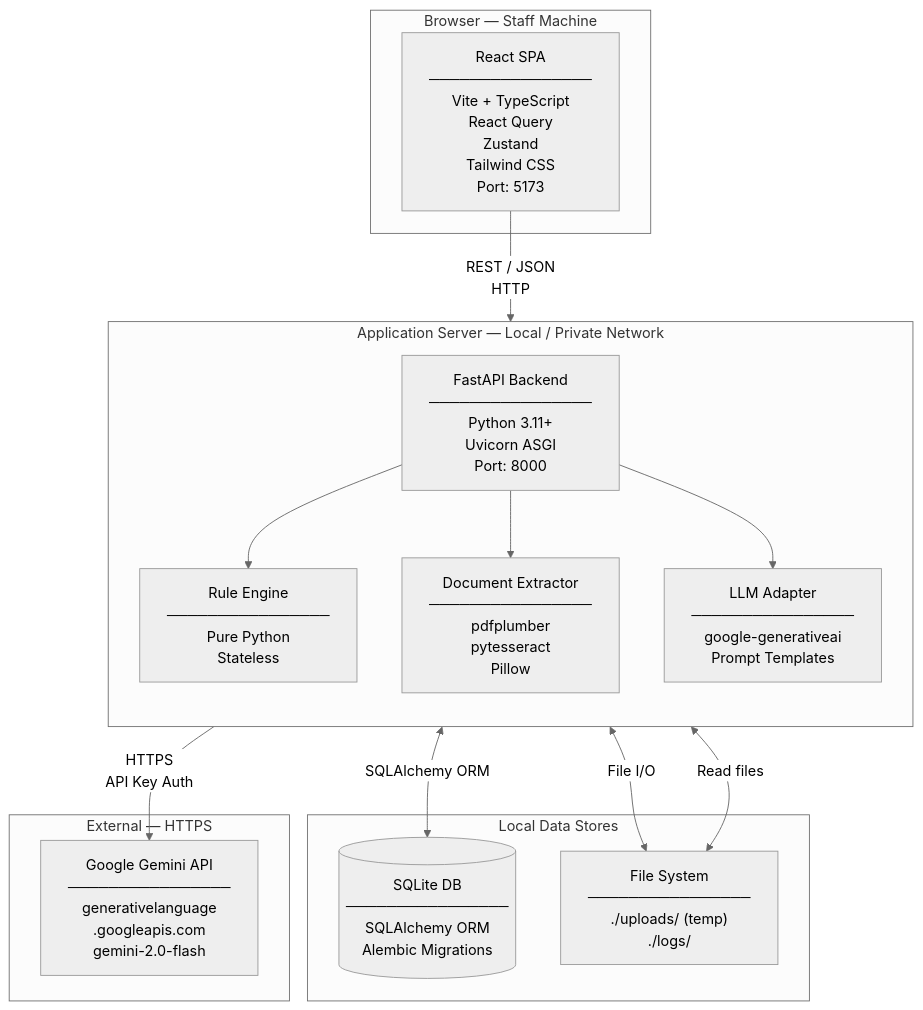
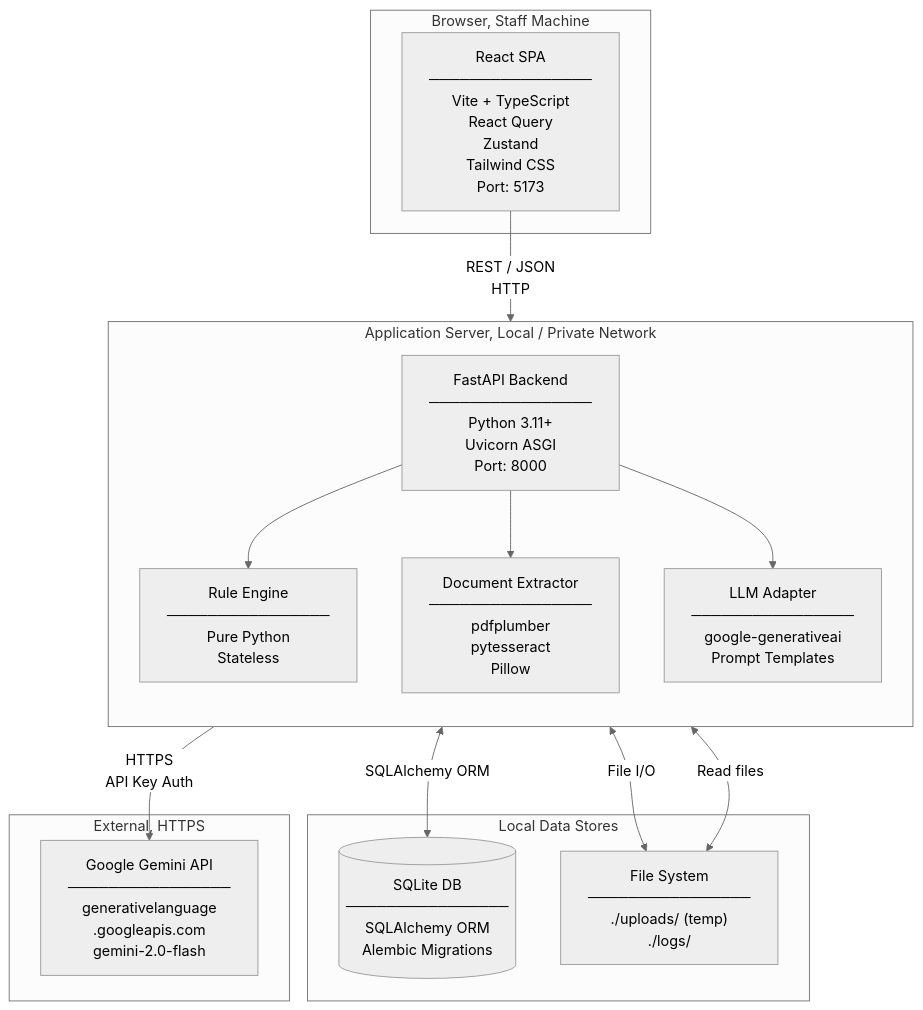
Before and after one commit to git07Sandesh/MSBON_Transcript_Verification: the third of 18 diagrams in Software_Design_Document.md, drawn with Mermaid (neutral theme). The commit also changed other lines of this file and 46 other files, not shown here.

````diff
--- a/Software_Design_Document.md
+++ b/Software_Design_Document.md
@@ -193,32 +193,32 @@
 ```mermaid
 graph TB
-    subgraph browser["Browser — Staff Machine"]
+    subgraph browser["Browser, Staff Machine"]
         SPA["React SPA\n────────────────\nVite + TypeScript\nReact Query\nZustand\nTailwind CSS\nPort: 5173"]
     end
 
-    subgraph server["Application Server — Local / Private Network"]
+    subgraph server["Application Server, Local / Private Network"]
         direction TB
         FAPI["FastAPI Backend\n────────────────\nPython 3.11+\nUvicorn ASGI\nPort: 8000"]
         RE["Rule Engine\n────────────────\nPure Python\nStateless"]
         DE["Document Extractor\n────────────────\npdfplumber\npytesseract\nPillow"]
         LLM["LLM Adapter\n────────────────\ngoogle-generativeai\nPrompt Templates"]
     end
 
     subgraph datastores["Local Data Stores"]
         DB[("SQLite DB\n────────────────\nSQLAlchemy ORM\nAlembic Migrations")]
         FS["File System\n────────────────\n./uploads/ (temp)\n./logs/"]
     end
 
-    subgraph gemini["External — HTTPS"]
+    subgraph gemini["External, HTTPS"]
         GAPI["Google Gemini API\n────────────────\ngenerativelanguage\n.googleapis.com\ngemini-2.0-flash"]
     end
 
     SPA -->|"REST / JSON\nHTTP"| FAPI
     FAPI --> RE
     FAPI --> DE
     FAPI --> LLM
     LLM -->|"HTTPS\nAPI Key Auth"| GAPI
     FAPI <-->|"SQLAlchemy ORM"| DB
     FAPI <-->|"File I/O"| FS
     DE <-->|"Read files"| FS
 ```
````
